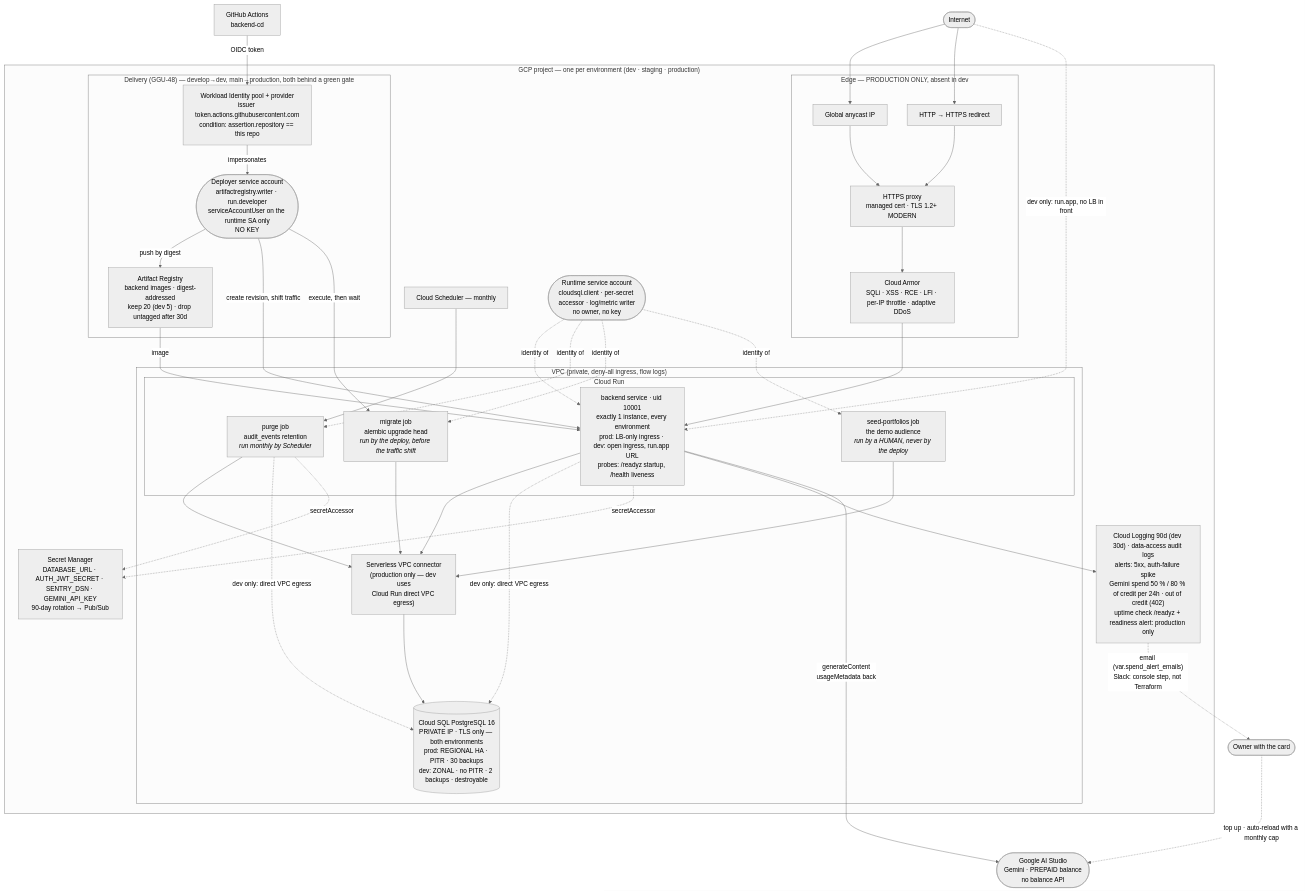
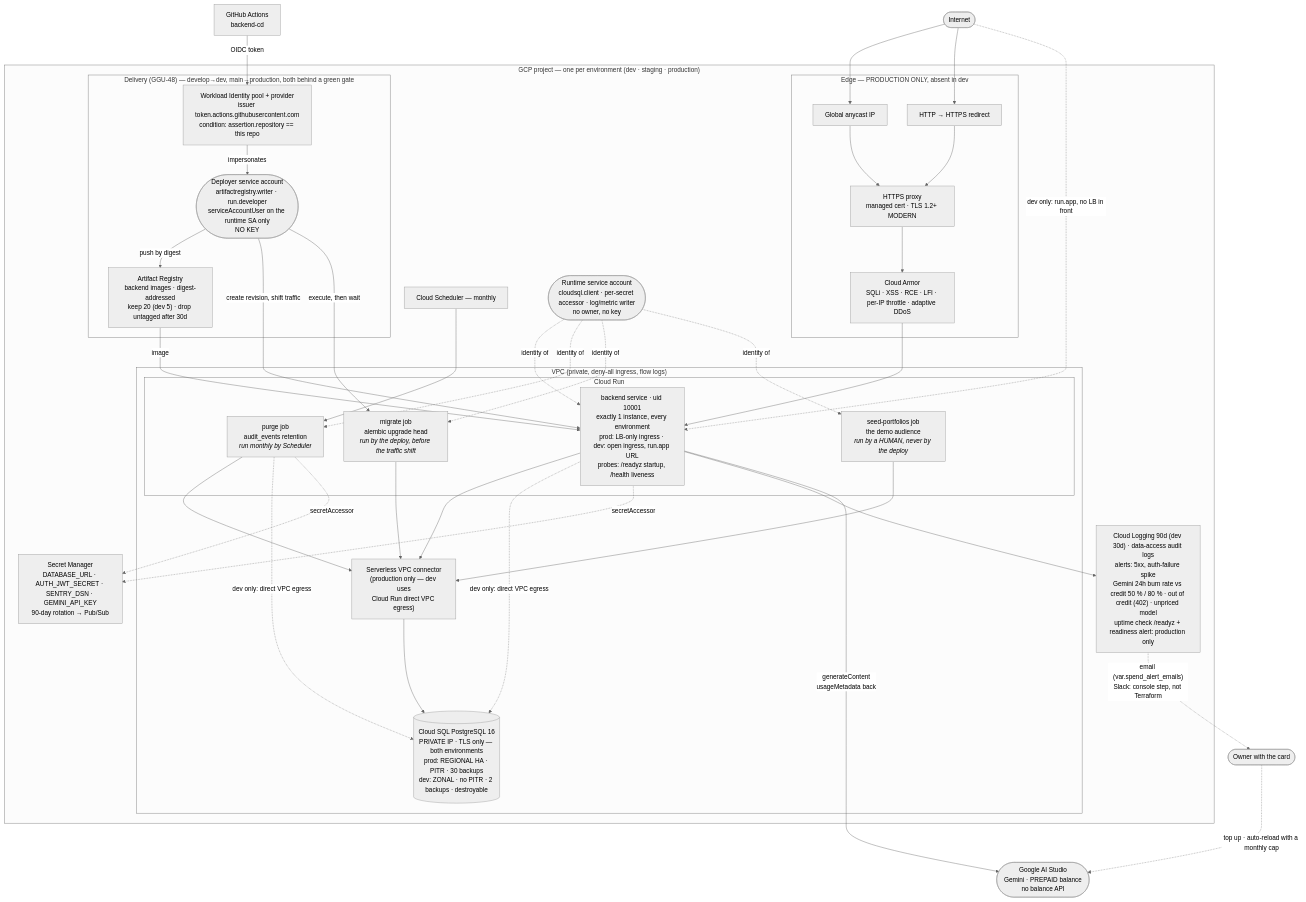
The diagram in docs/diagrams/08-infrastructure.md (somnio-projects/finance-google-a2ui), drawn with Mermaid (neutral theme) before and after one commit. The commit also changed 13 other files, not shown here.

First line of the commit message:
chore(infra): GGU-167 — spend alert follow-ups from review

```diff
--- a/docs/diagrams/08-infrastructure.md
+++ b/docs/diagrams/08-infrastructure.md
@@ -25,7 +25,7 @@
             sql[("Cloud SQL PostgreSQL 16<br/>PRIVATE IP · TLS only — both environments<br/>prod: REGIONAL HA · PITR · 30 backups<br/>dev: ZONAL · no PITR · 2 backups · destroyable")]
         end
         sm["Secret Manager<br/>DATABASE_URL · AUTH_JWT_SECRET · SENTRY_DSN · GEMINI_API_KEY<br/>90-day rotation → Pub/Sub"]
-        obs["Cloud Logging 90d (dev 30d) · data-access audit logs<br/>alerts: 5xx, auth-failure spike<br/>Gemini spend 50 % / 80 % of credit per 24h · out of credit (402)<br/>uptime check /readyz + readiness alert: production only"]
+        obs["Cloud Logging 90d (dev 30d) · data-access audit logs<br/>alerts: 5xx, auth-failure spike<br/>Gemini 24h burn rate vs credit 50 % / 80 % · out of credit (402) · unpriced model<br/>uptime check /readyz + readiness alert: production only"]
         sched["Cloud Scheduler — monthly"]
         sa(["Runtime service account<br/>cloudsql.client · per-secret accessor · log/metric writer<br/>no owner, no key"])
         subgraph delivery["Delivery (GGU-48) — develop→dev, main→production, both behind a green gate"]
```
